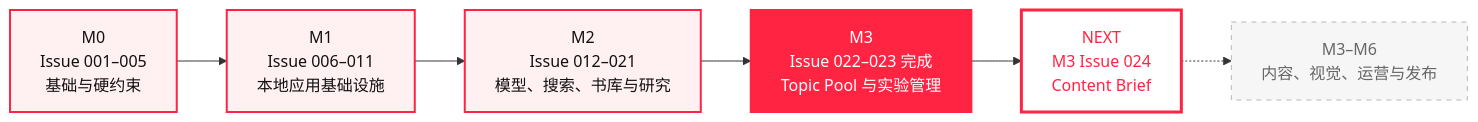
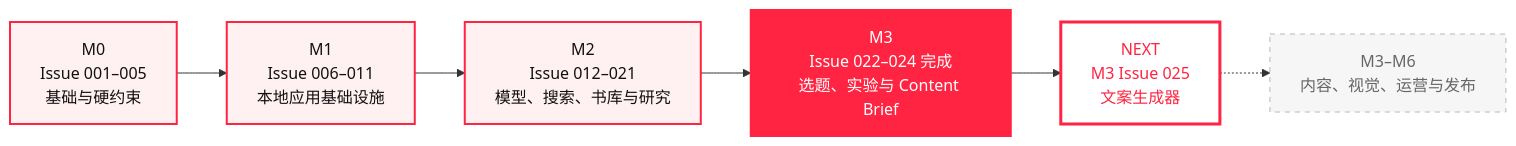
Before and after one commit to KAtOReNA7/Rednote-Automated-Operation-Tool: the first of 2 diagrams in README.md, drawn with Mermaid. The commit also changed other lines of this file and 85 other files, not shown here.

Commit message:
feat(content): add structured content brief generator

````diff
--- a/README.md
+++ b/README.md
@@ -61,18 +63,18 @@
 ```mermaid
 flowchart LR
     M0["M0<br/>Issue 001–005<br/>基础与硬约束"] --> M1["M1<br/>Issue 006–011<br/>本地应用基础设施"]
     M1 --> M2["M2<br/>Issue 012–021<br/>模型、搜索、书库与研究"]
-    M2 --> M3["M3<br/>Issue 022–023 完成<br/>Topic Pool 与实验管理"]
-    M3 --> NEXT["NEXT<br/>M3 Issue 024<br/>Content Brief"]
+    M2 --> M3["M3<br/>Issue 022–024 完成<br/>选题、实验与 Content Brief"]
+    M3 --> NEXT["NEXT<br/>M3 Issue 025<br/>文案生成器"]
     NEXT -.-> FUTURE["M3–M6<br/>内容、视觉、运营与发布"]
 
     classDef done fill:#fff0f2,stroke:#ff2442,color:#111,stroke-width:2px;
     classDef active fill:#ff2442,stroke:#ff2442,color:#fff,stroke-width:2px;
     classDef next fill:#fff,stroke:#ff2442,color:#ff2442,stroke-width:3px;
     classDef future fill:#f6f6f6,stroke:#b8b8b8,color:#666,stroke-dasharray:5 5;
 
     class M0,M1,M2 done;
     class M3 active;
     class NEXT next;
     class FUTURE future;
 ```
````
